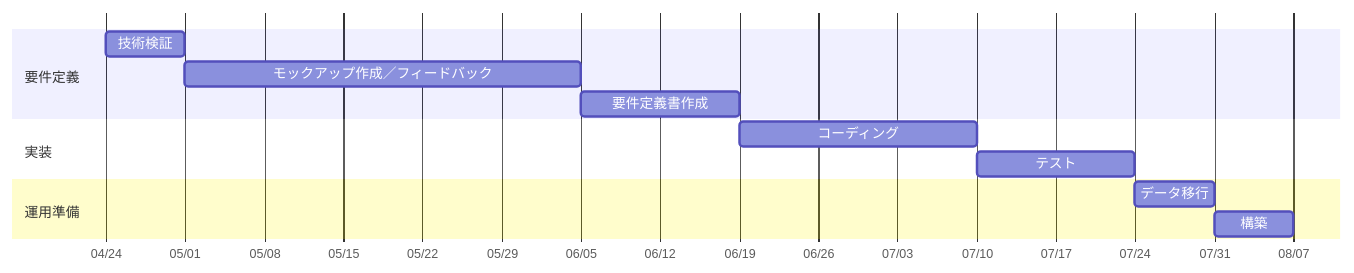
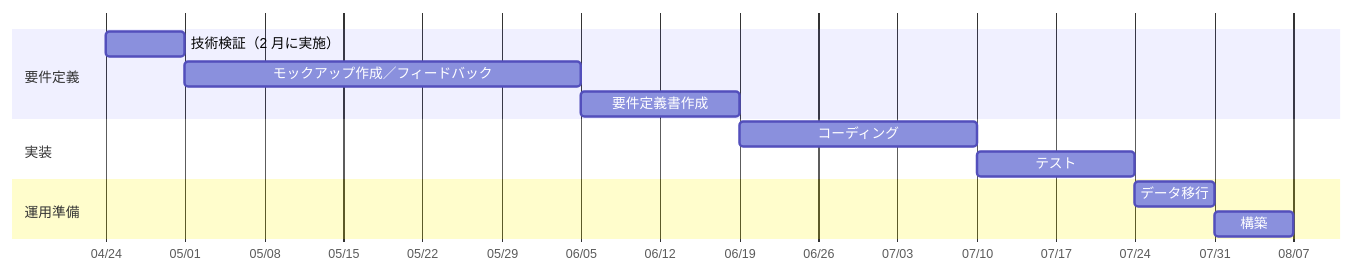
Diagram 12 of 12 in articles/customer-support-automation-line-bot-development.md (tatsuyasusukida/zenn-content), drawn with Mermaid before and after one commit. The commit also changed other lines of this file, not shown here.

````diff
--- a/articles/customer-support-automation-line-bot-development.md
+++ b/articles/customer-support-automation-line-bot-development.md
@@ -364,16 +376,16 @@
 ```mermaid
 gantt
   axisFormat %m/%d
   tickInterval 1week
   weekday monday
   section 要件定義
-    技術検証: 2023-04-24, 1w
-    モックアップ作成／フィードバック: 5w
+    技術検証（2 月に実施）: 2023-04-24, 1w
+    モックアップ作成／フィードバック: 2023-05-01, 5w
     要件定義書作成: 2w
   section 実装
     コーディング: 3w
     テスト: 2w
   section 運用準備
     データ移行: 1w
     構築: 1w
 ```
````
